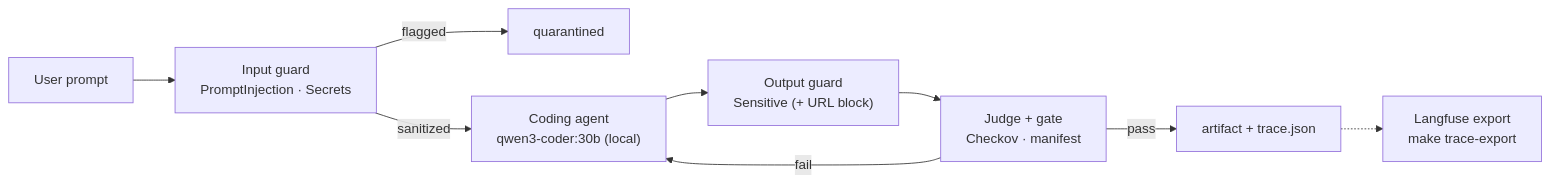
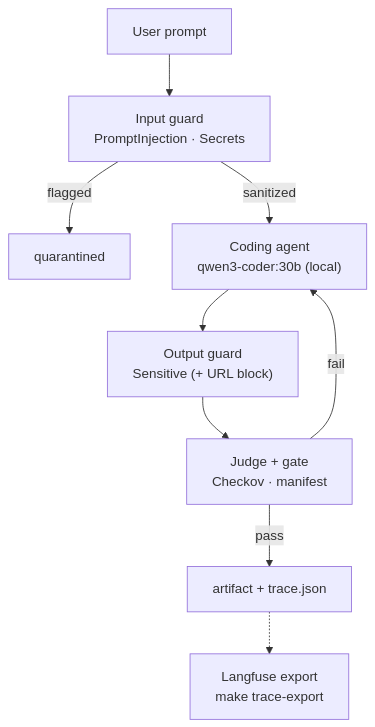
The diagram in linkedin/article.md (bryanbhd/ai-coding-fortress), drawn with Mermaid before and after one commit. The commit also changed other lines of this file and 1 other file, not shown here.

First line of the commit message:
fix: render the full write-up as HTML on the live subdomain, unwrap the diagram

````diff
--- a/linkedin/article.md
+++ b/linkedin/article.md
@@ -15,11 +19,11 @@
 ```mermaid
-flowchart LR
+flowchart TD
     U["User prompt"] --> IG["Input guard<br/>PromptInjection · Secrets"]
     IG -->|"flagged"| Q["quarantined"]
     IG -->|"sanitized"| A["Coding agent<br/>qwen3-coder:30b (local)"]
     A --> OG["Output guard<br/>Sensitive (+ URL block)"]
     OG --> J["Judge + gate<br/>Checkov · manifest"]
     J -->|"pass"| ART["artifact + trace.json"]
     J -->|"fail"| A
     ART -.-> TR["Langfuse export<br/>make trace-export"]
 ```
````
